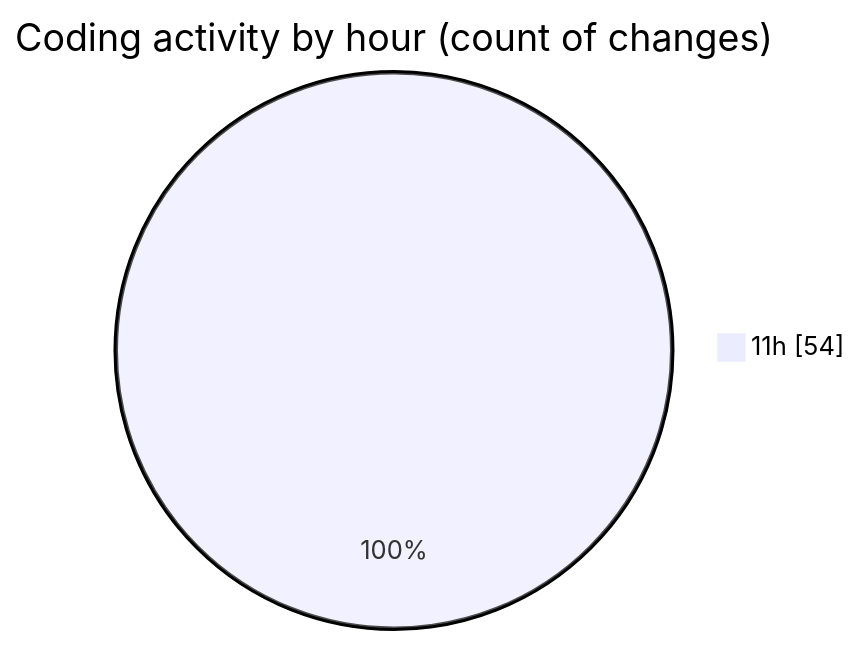
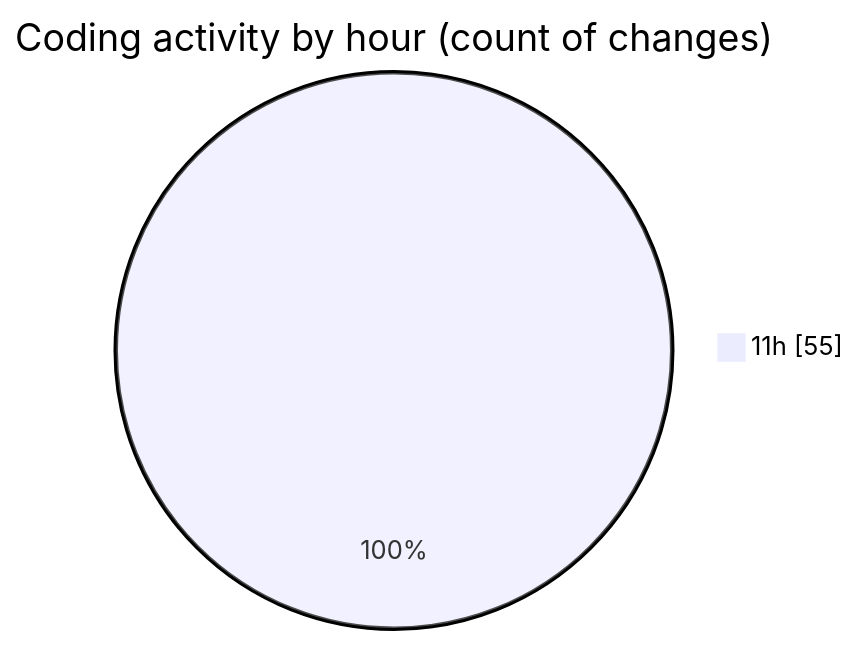
Before and after one commit to nxtqubesakshisongat/code-tracking: the second of 2 diagrams in 2026-03-16/nxtqube_webapp/README.md, drawn with Mermaid. The commit also changed other lines of this file and 1 other file, not shown here.

````diff
--- a/2026-03-16/nxtqube_webapp/README.md
+++ b/2026-03-16/nxtqube_webapp/README.md
@@ -41,5 +41,5 @@
 ```mermaid
 pie showData
 title Coding activity by hour (count of changes)
-"11h" : 54
+"11h" : 55
 ```
````
